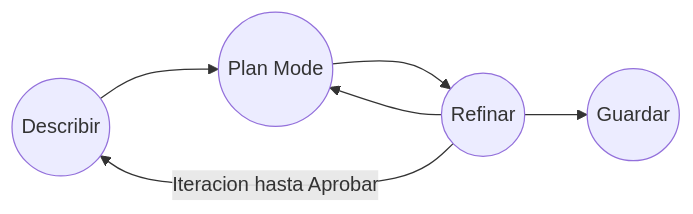
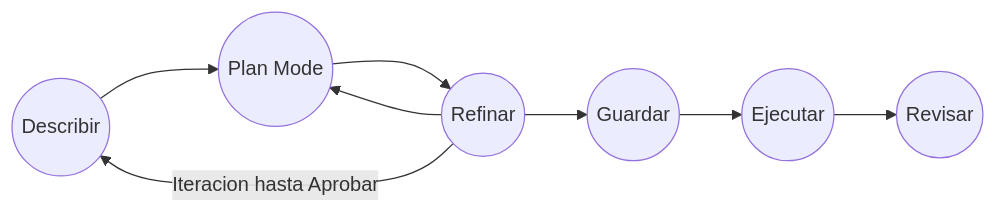
Before and after one commit to sramire3000/documentacion: the diagram in OpenCode/SpecDrivenDevelopment.md, drawn with Mermaid.

Commit message:
Enhance SpecDrivenDevelopment.md with new steps
Added steps for execution and review in the specification-driven development process.

````diff
--- a/OpenCode/SpecDrivenDevelopment.md
+++ b/OpenCode/SpecDrivenDevelopment.md
@@ -4,8 +4,10 @@
 ```mermaid
 graph LR
 A((Describir)) --> B((Plan Mode))
 B --> C((Refinar))
 C -- Iteracion hasta Aprobar--> A
 C --> B
 C --> D((Guardar))
+D --> E((Ejecutar))
+E --> F((Revisar))
 ```
````
